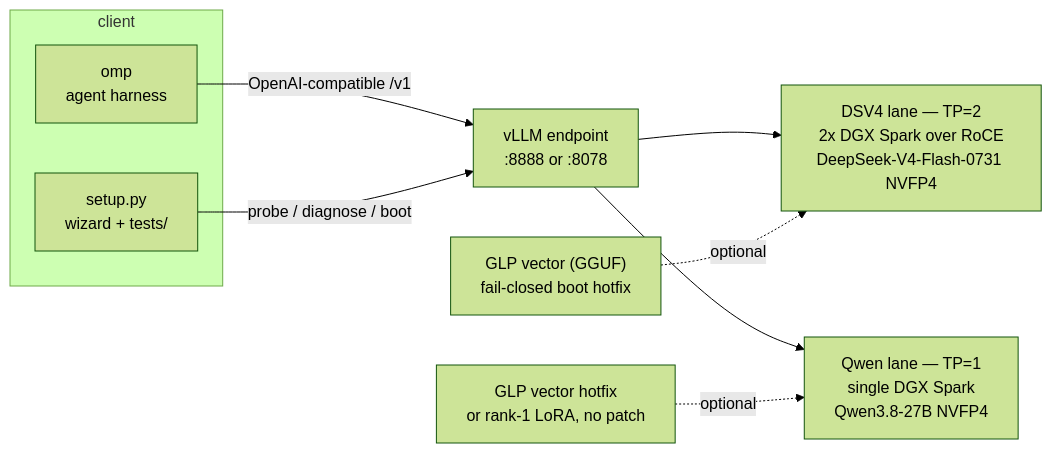
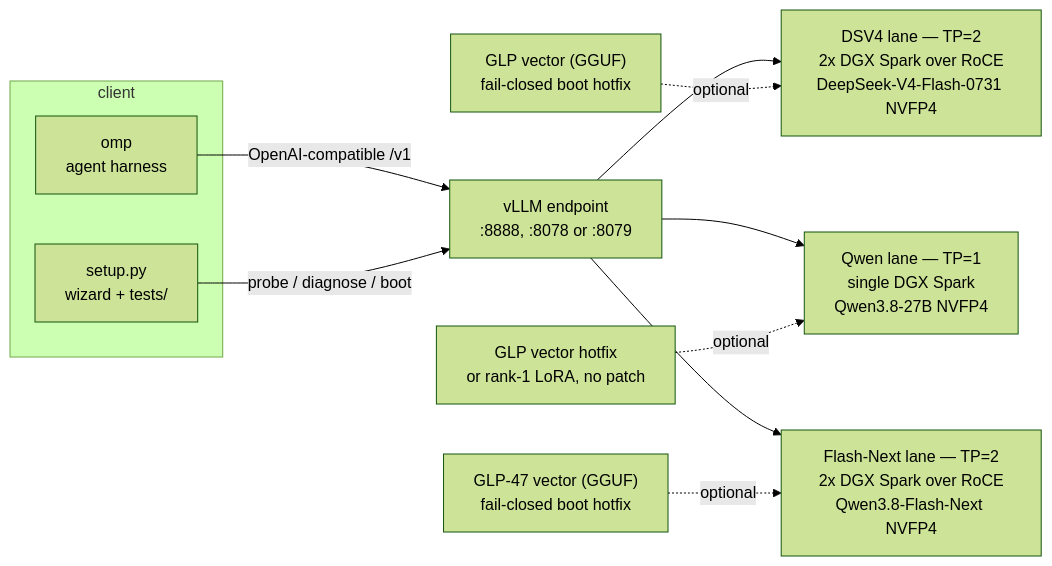
One commit to msuiche/weightless changed the diagram in README.md. Above: the diagram before and after it, drawn with Mermaid (forest theme). The commit also changed other lines of this file and 8 other files, not shown here.

First line of the commit message:
Add Qwen3.8-Flash-Next lane: TP=2 on 2x DGX Spark, GLP-47 steering

````diff
--- a/README.md
+++ b/README.md
@@ -73,13 +75,15 @@
 ```mermaid
 flowchart LR
     subgraph client[client]
         OMP["omp<br/>agent harness"]
         WIZ["setup.py<br/>wizard + tests/"]
     end
-    OMP -->|OpenAI-compatible /v1| EP["vLLM endpoint<br/>:8888 or :8078"]
+    OMP -->|OpenAI-compatible /v1| EP["vLLM endpoint<br/>:8888, :8078 or :8079"]
     WIZ -->|probe / diagnose / boot| EP
     EP --> DSV4["DSV4 lane — TP=2<br/>2x DGX Spark over RoCE<br/>DeepSeek-V4-Flash-0731 NVFP4"]
     EP --> QWEN["Qwen lane — TP=1<br/>single DGX Spark<br/>Qwen3.8-27B NVFP4"]
+    EP --> QWENFN["Flash-Next lane — TP=2<br/>2x DGX Spark over RoCE<br/>Qwen3.8-Flash-Next NVFP4"]
     CV["GLP vector (GGUF)<br/>fail-closed boot hotfix"] -.->|optional| DSV4
     CV2["GLP vector hotfix<br/>or rank-1 LoRA, no patch"] -.->|optional| QWEN
+    CV3["GLP-47 vector (GGUF)<br/>fail-closed boot hotfix"] -.->|optional| QWENFN
 ```
````
